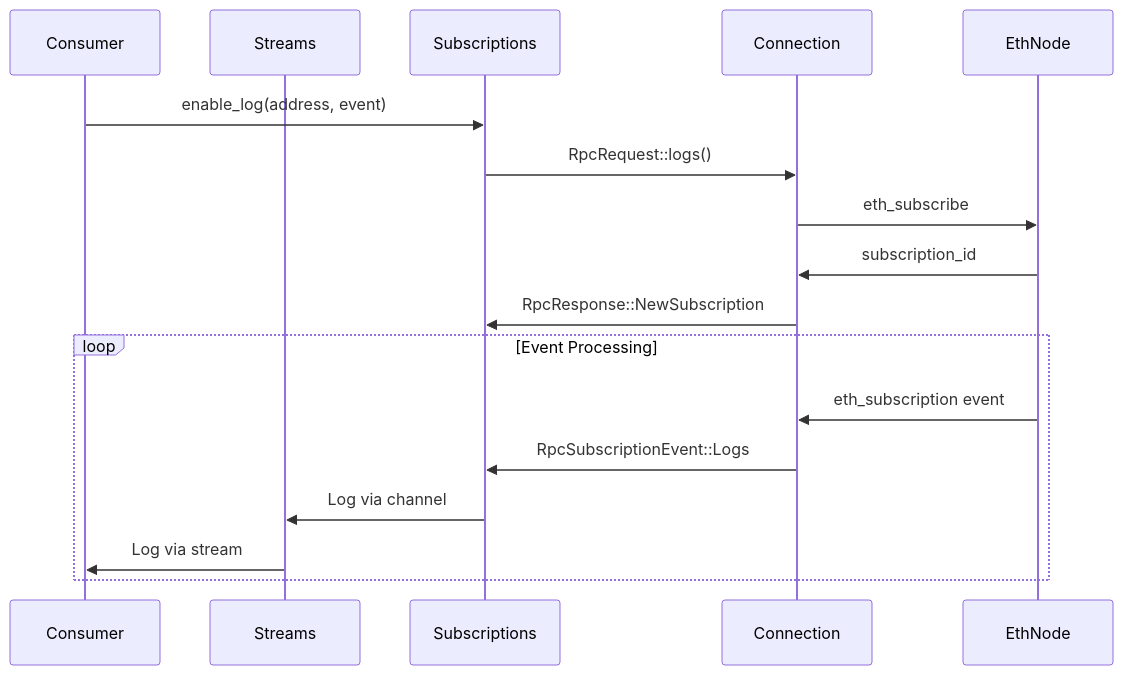
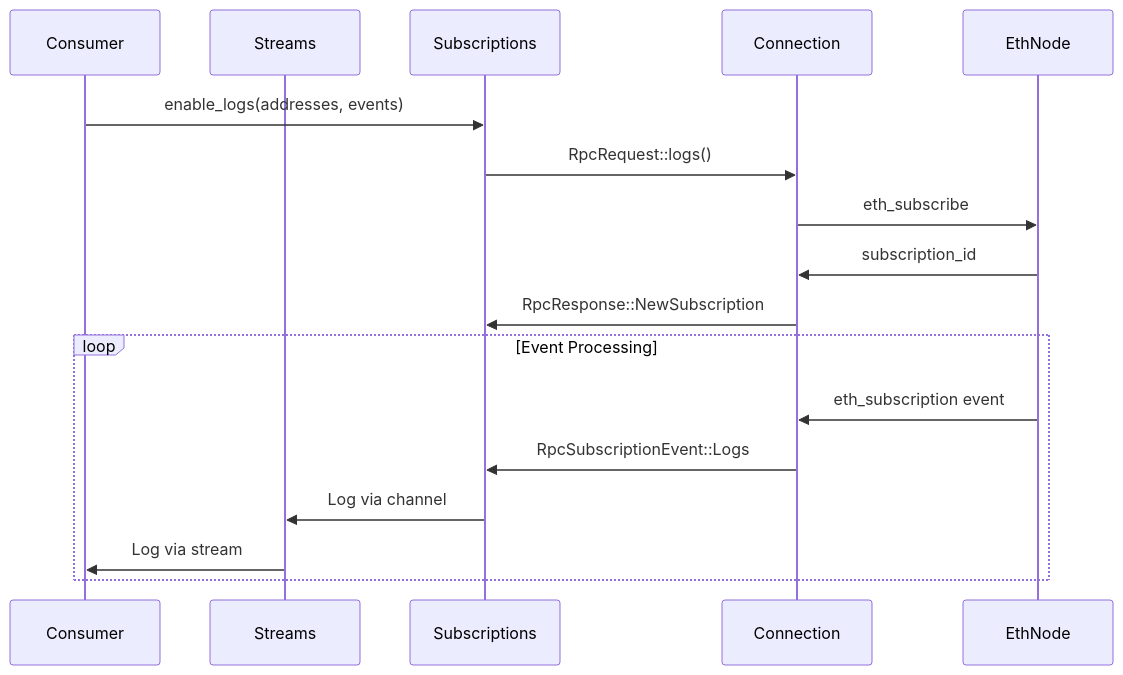
One commit to Lay3rLabs/WAVS changed the diagram in packages/wavs/src/subsystems/trigger/streams/evm_stream/EXPLAINER.md. Above: the diagram before and after it, drawn with Mermaid. The commit also changed other lines of this file and 4 other files, not shown here.

````diff
--- a/packages/wavs/src/subsystems/trigger/streams/evm_stream/EXPLAINER.md
+++ b/packages/wavs/src/subsystems/trigger/streams/evm_stream/EXPLAINER.md
@@ -96,21 +100,21 @@
 ```mermaid
 sequenceDiagram
     participant Consumer
     participant Streams
     participant Subscriptions
     participant Connection
     participant EthNode
 
-    Consumer->>Subscriptions: enable_log(address, event)
+    Consumer->>Subscriptions: enable_logs(addresses, events)
     Subscriptions->>Connection: RpcRequest::logs()
     Connection->>EthNode: eth_subscribe
     EthNode->>Connection: subscription_id
     Connection->>Subscriptions: RpcResponse::NewSubscription
 
     loop Event Processing
         EthNode->>Connection: eth_subscription event
         Connection->>Subscriptions: RpcSubscriptionEvent::Logs
         Subscriptions->>Streams: Log via channel
         Streams->>Consumer: Log via stream
     end
 ```
````
